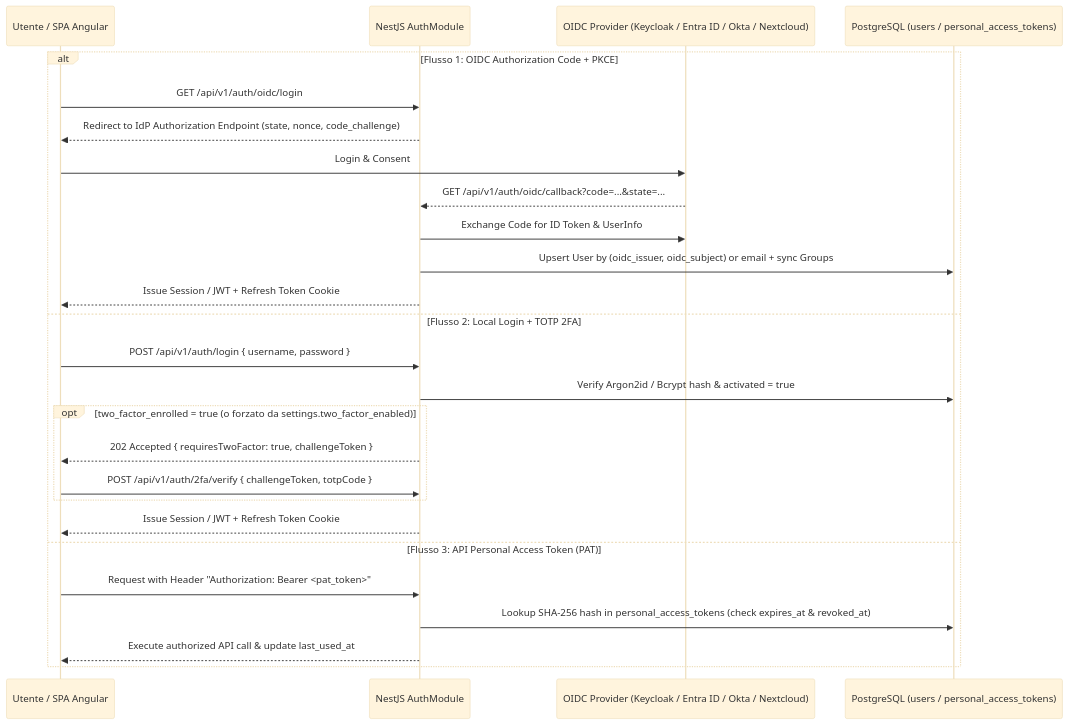
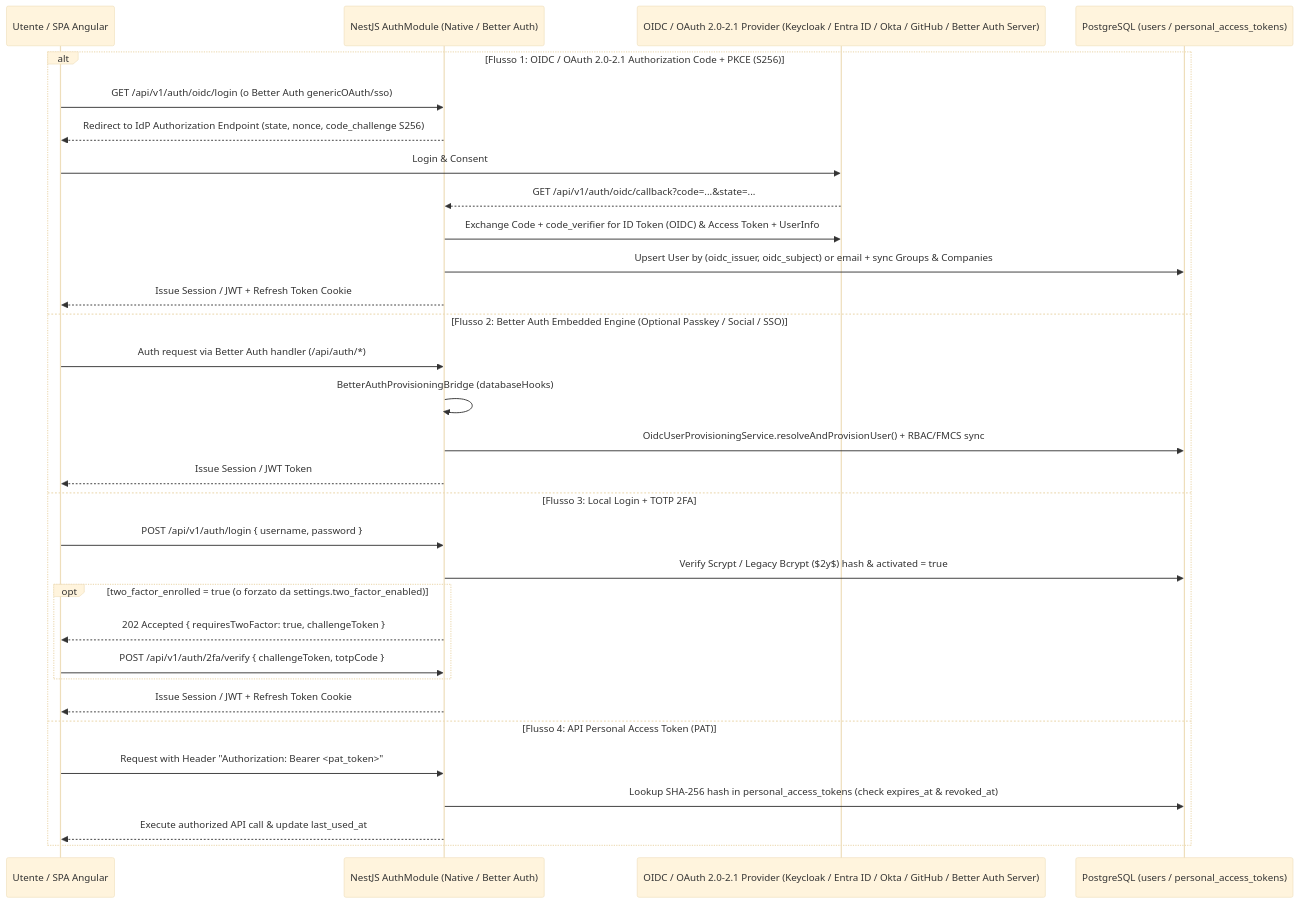
One commit to marco-jj/kestrel-it changed the diagram in docs/06-storage-auth-and-jobs.md. Above: the diagram before and after it, drawn with Mermaid (base theme). The commit also changed other lines of this file and 3 other files, not shown here.

Commit message:
docs: document OAuth 2.0/2.1 & Better Auth support and mark Piano 1.4/1.4b complete

````diff
--- a/docs/06-storage-auth-and-jobs.md
+++ b/docs/06-storage-auth-and-jobs.md
@@ -11,29 +14,34 @@
 ```mermaid
 sequenceDiagram
     participant User as Utente / SPA Angular
-    participant API as NestJS AuthModule
-    participant IdP as OIDC Provider (Keycloak / Entra ID / Okta / Nextcloud)
+    participant API as NestJS AuthModule (Native / Better Auth)
+    participant IdP as OIDC / OAuth 2.0-2.1 Provider (Keycloak / Entra ID / Okta / GitHub / Better Auth Server)
     participant DB as PostgreSQL (users / personal_access_tokens)
 
-    alt Flusso 1: OIDC Authorization Code + PKCE
-        User->>API: GET /api/v1/auth/oidc/login
-        API-->>User: Redirect to IdP Authorization Endpoint (state, nonce, code_challenge)
+    alt Flusso 1: OIDC / OAuth 2.0-2.1 Authorization Code + PKCE (S256)
+        User->>API: GET /api/v1/auth/oidc/login (o Better Auth genericOAuth/sso)
+        API-->>User: Redirect to IdP Authorization Endpoint (state, nonce, code_challenge S256)
         User->>IdP: Login & Consent
         IdP-->>API: GET /api/v1/auth/oidc/callback?code=...&state=...
-        API->>IdP: Exchange Code for ID Token & UserInfo
-        API->>DB: Upsert User by (oidc_issuer, oidc_subject) or email + sync Groups
+        API->>IdP: Exchange Code + code_verifier for ID Token (OIDC) & Access Token + UserInfo
+        API->>DB: Upsert User by (oidc_issuer, oidc_subject) or email + sync Groups & Companies
         API-->>User: Issue Session / JWT + Refresh Token Cookie
-    else Flusso 2: Local Login + TOTP 2FA
+    else Flusso 2: Better Auth Embedded Engine (Optional Passkey / Social / SSO)
+        User->>API: Auth request via Better Auth handler (/api/auth/*)
+        API->>API: BetterAuthProvisioningBridge (databaseHooks)
+        API->>DB: OidcUserProvisioningService.resolveAndProvisionUser() + RBAC/FMCS sync
+        API-->>User: Issue Session / JWT Token
+    else Flusso 3: Local Login + TOTP 2FA
         User->>API: POST /api/v1/auth/login { username, password }
-        API->>DB: Verify Argon2id / Bcrypt hash & activated = true
+        API->>DB: Verify Scrypt / Legacy Bcrypt ($2y$) hash & activated = true
         opt two_factor_enrolled = true (o forzato da settings.two_factor_enabled)
             API-->>User: 202 Accepted { requiresTwoFactor: true, challengeToken }
             User->>API: POST /api/v1/auth/2fa/verify { challengeToken, totpCode }
         end
         API-->>User: Issue Session / JWT + Refresh Token Cookie
-    else Flusso 3: API Personal Access Token (PAT)
+    else Flusso 4: API Personal Access Token (PAT)
         User->>API: Request with Header "Authorization: Bearer <pat_token>"
         API->>DB: Lookup SHA-256 hash in personal_access_tokens (check expires_at & revoked_at)
         API-->>User: Execute authorized API call & update last_used_at
     end
 ```
````
